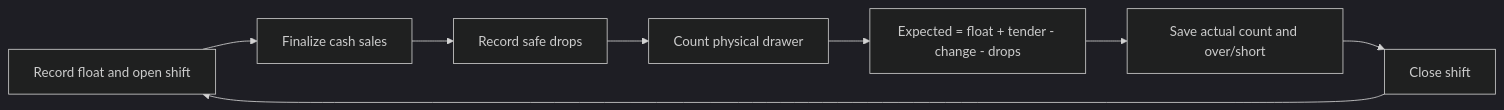
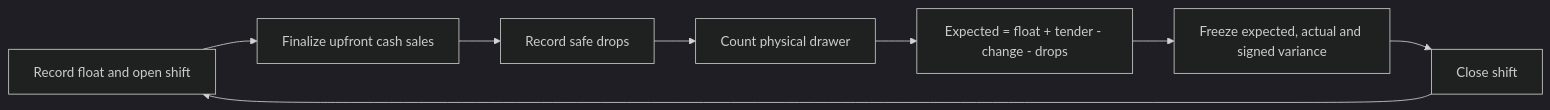
Before and after one commit to PWM-Dev/Restaurant001: the second of 2 diagrams in DATA_MODEL.md, drawn with Mermaid (dark theme). The commit also changed other lines of this file and 29 other files, not shown here.

````diff
--- a/DATA_MODEL.md
+++ b/DATA_MODEL.md
@@ -52,10 +33,10 @@
 ```mermaid
 flowchart LR
-  A[Record float and open shift] --> B[Finalize cash sales]
+  A[Record float and open shift] --> B[Finalize upfront cash sales]
   B --> C[Record safe drops]
   C --> D[Count physical drawer]
   D --> E[Expected = float + tender - change - drops]
-  E --> F[Save actual count and over/short]
+  E --> F[Freeze expected, actual and signed variance]
   F --> G[Close shift]
   G --> A
 ```
````
